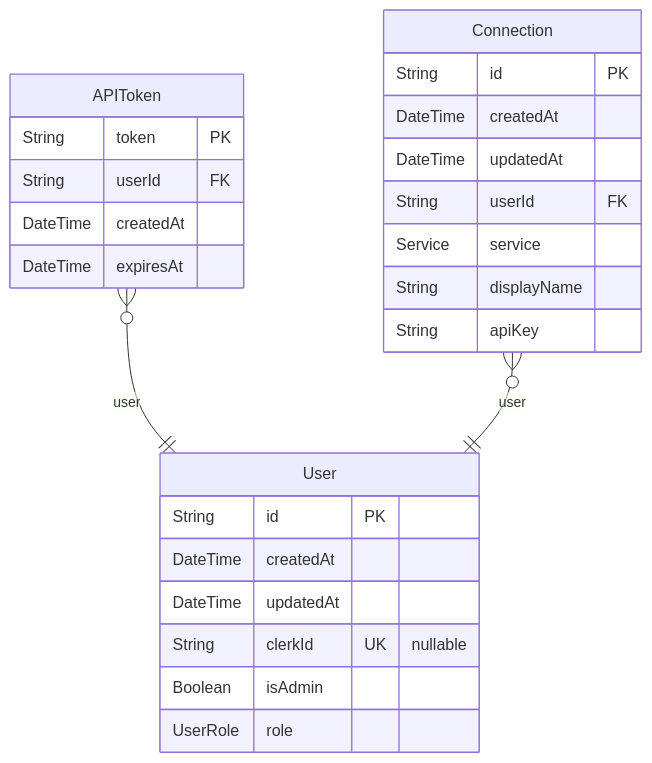
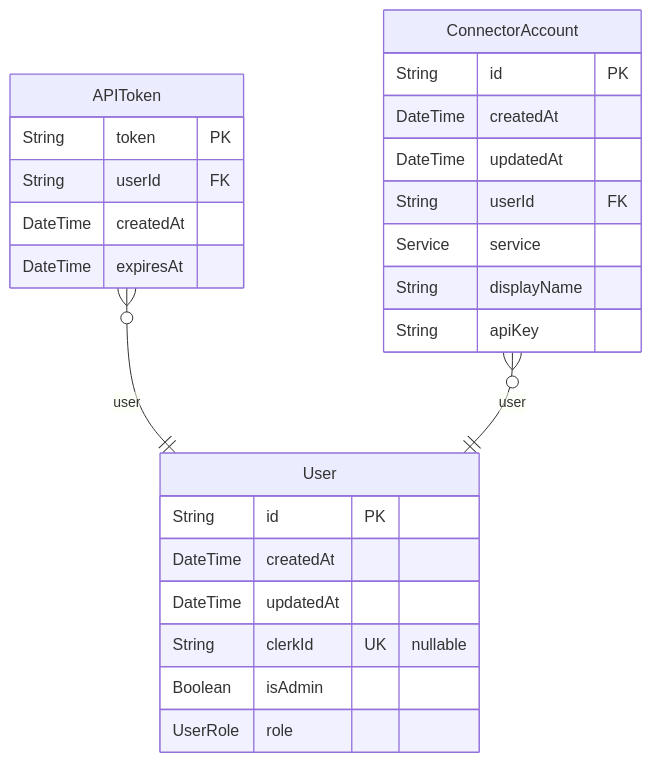
One commit to whalesync/scratch-cli changed the diagram in server/prisma/ERD.md. Above: the diagram before and after it, drawn with Mermaid. The commit also changed other lines of this file and 36 other files, not shown here.

````diff
--- a/server/prisma/ERD.md
+++ b/server/prisma/ERD.md
@@ -9,28 +9,28 @@
 ```mermaid
 erDiagram
 "User" {
   String id PK
   DateTime createdAt
   DateTime updatedAt
   String clerkId UK "nullable"
   Boolean isAdmin
   UserRole role
 }
 "APIToken" {
   String token PK
   String userId FK
   DateTime createdAt
   DateTime expiresAt
 }
-"Connection" {
+"ConnectorAccount" {
   String id PK
   DateTime createdAt
   DateTime updatedAt
   String userId FK
   Service service
   String displayName
   String apiKey
 }
 "APIToken" }o--|| "User" : user
-"Connection" }o--|| "User" : user
+"ConnectorAccount" }o--|| "User" : user
 ```
````
